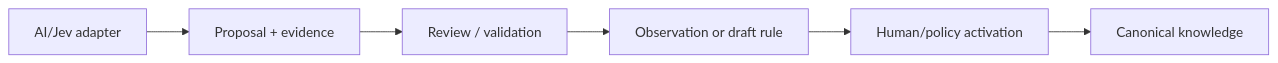
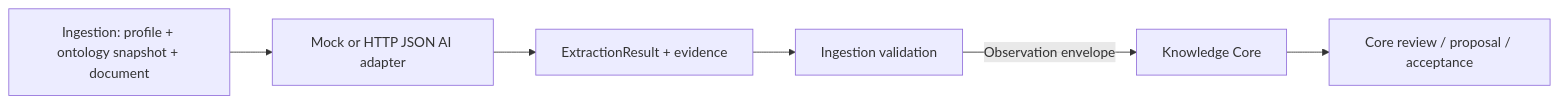
The diagram in docs/ai-boundaries.md (artemnoor/andromeda-knowledge-core), drawn with Mermaid before and after one commit. The commit also changed other lines of this file and 39 other files, not shown here.

Commit message:
refactor(core): separate ingestion from knowledge core

````diff
--- a/docs/ai-boundaries.md
+++ b/docs/ai-boundaries.md
@@ -11,8 +9,8 @@
-~~~mermaid
+```mermaid
 flowchart LR
-  AI[AI/Jev adapter] --> P[Proposal + evidence]
-  P --> R[Review / validation]
-  R --> O[Observation or draft rule]
-  O --> H[Human/policy activation]
-  H --> K[Canonical knowledge]
-~~~
+  Ingestion[Ingestion: profile + ontology snapshot + document] --> AI[Mock or HTTP JSON AI adapter]
+  AI --> Candidates[ExtractionResult + evidence]
+  Candidates --> Validation[Ingestion validation]
+  Validation -->|Observation envelope| Core[Knowledge Core]
+  Core --> Review[Core review / proposal / acceptance]
+```
````
